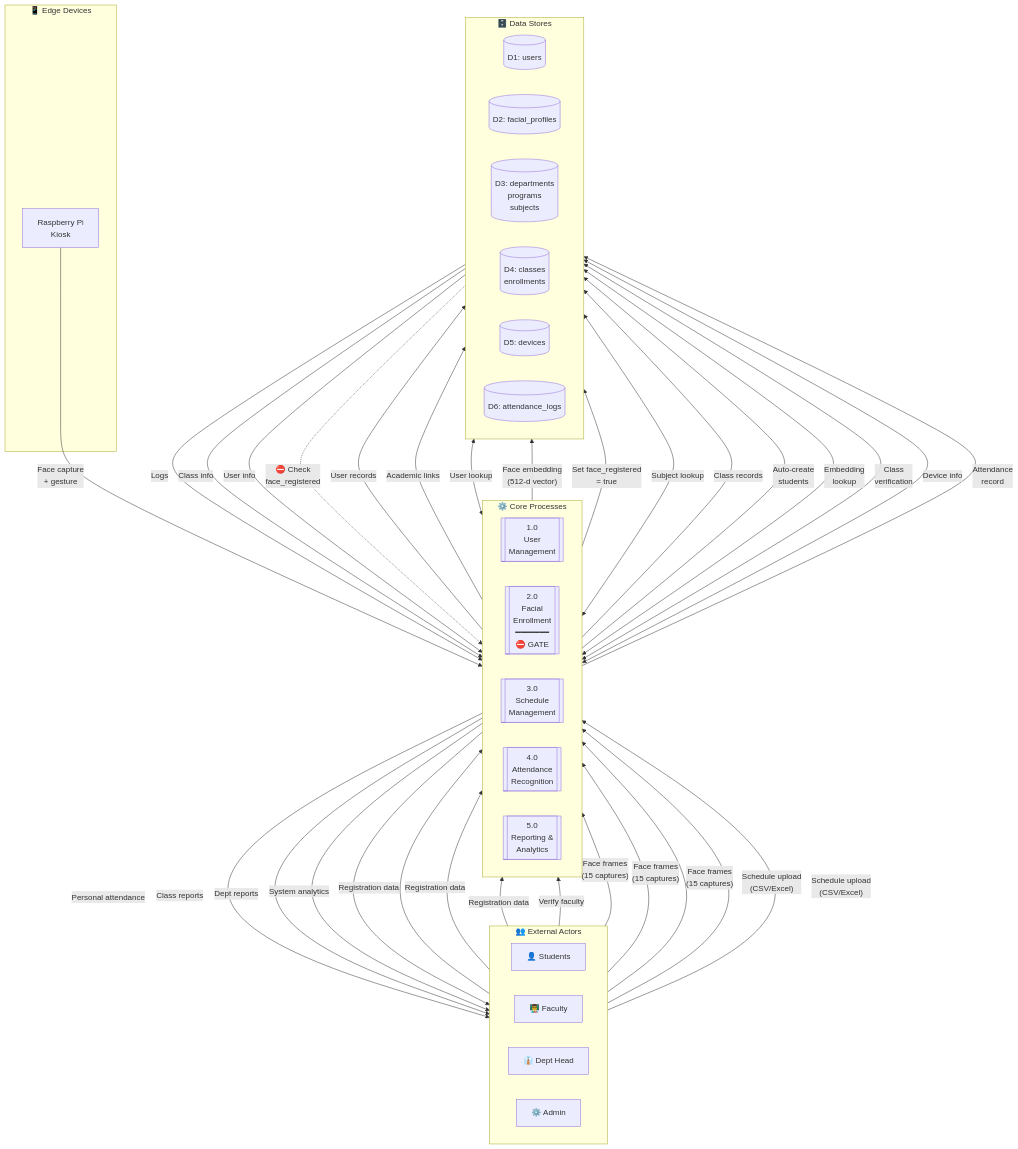
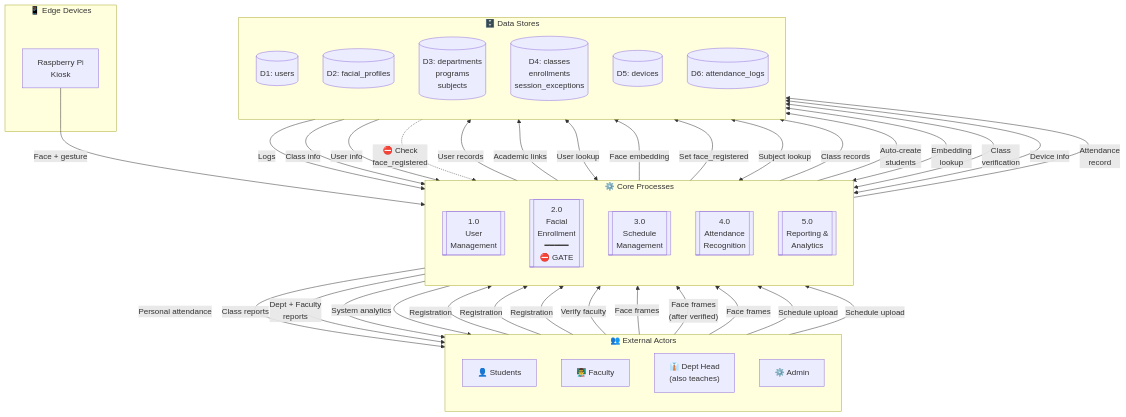
Before and after one commit to EannMon/FRAMESCAPSTONE: the fifth of 14 diagrams in documentation/database/FRAMES_Data_Flow_Diagram.md, drawn with Mermaid. The commit also changed other lines of this file and 1 other file, not shown here.

````diff
--- a/documentation/database/FRAMES_Data_Flow_Diagram.md
+++ b/documentation/database/FRAMES_Data_Flow_Diagram.md
@@ -101,68 +177,73 @@
 ```mermaid
 flowchart TB
     subgraph USERS["👥 External Actors"]
-        direction LR
+        direction TB
         STU["👤 Students"]
         FAC["👨‍🏫 Faculty"]
-        HEAD["👔 Dept Head"]
+        HEAD["👔 Dept Head<br/>(also teaches)"]
         ADMIN["⚙️ Admin"]
     end
 
     subgraph EDGE["📱 Edge Devices"]
-        KIOSK["Raspberry Pi\nKiosk"]
+        KIOSK["Raspberry Pi<br/>Kiosk"]
     end
 
     subgraph PROCESSES["⚙️ Core Processes"]
-        direction LR
-        P1[["1.0\nUser\nManagement"]]
-        P2[["2.0\nFacial\nEnrollment\n━━━━━━━\n⛔ GATE"]]
-        P3[["3.0\nSchedule\nManagement"]]
-        P4[["4.0\nAttendance\nRecognition"]]
-        P5[["5.0\nReporting &\nAnalytics"]]
+        direction TB
+        P1[["1.0<br/>User<br/>Management"]]
+        P2[["2.0<br/>Facial<br/>Enrollment<br/>━━━━━<br/>⛔ GATE"]]
+        P3[["3.0<br/>Schedule<br/>Management"]]
+        P4[["4.0<br/>Attendance<br/>Recognition"]]
+        P5[["5.0<br/>Reporting &<br/>Analytics"]]
     end
 
     subgraph DATASTORES["🗄️ Data Stores"]
-        direction LR
+        direction TB
         D1[("D1: users")]
         D2[("D2: facial_profiles")]
-        D3[("D3: departments\nprograms\nsubjects")]
-        D4[("D4: classes\nenrollments")]
+        D3[("D3: departments<br/>programs<br/>subjects")]
+        D4[("D4: classes<br/>enrollments<br/>session_exceptions")]
         D5[("D5: devices")]
         D6[("D6: attendance_logs")]
     end
 
     %% STEP 1: User Management flows
-    STU & FAC & HEAD -->|"Registration data"| P1
+    STU --> |"Registration"| P1
+    FAC --> |"Registration"| P1
+    HEAD --> |"Registration"| P1
     P1 -->|"User records"| D1
     P1 -->|"Academic links"| D3
     HEAD -->|"Verify faculty"| P1
 
     %% STEP 2: Facial Enrollment flows (MANDATORY GATE)
-    STU & FAC & HEAD -->|"Face frames\n(15 captures)"| P2
+    STU -->|"Face frames"| P2
+    FAC -->|"Face frames<br/>(after verified)"| P2
+    HEAD -->|"Face frames"| P2
     P2 <-->|"User lookup"| D1
-    P2 -->|"Face embedding\n(512-d vector)"| D2
-    P2 -->|"Set face_registered\n= true"| D1
+    P2 -->|"Face embedding"| D2
+    P2 -->|"Set face_registered"| D1
 
     %% STEP 3: Schedule Management flows
-    FAC & HEAD -->|"Schedule upload\n(CSV/Excel)"| P3
+    FAC -->|"Schedule upload"| P3
+    HEAD -->|"Schedule upload"| P3
     P3 <-->|"Subject lookup"| D3
     P3 -->|"Class records"| D4
-    P3 -->|"Auto-create\nstudents"| D1
+    P3 -->|"Auto-create<br/>students"| D1
 
     %% STEP 4: Attendance Recognition flows (Edge)
-    KIOSK -->|"Face capture\n+ gesture"| P4
-    P4 <-->|"Embedding\nlookup"| D2
-    P4 <-->|"Class\nverification"| D4
+    KIOSK -->|"Face + gesture"| P4
+    P4 <-->|"Embedding<br/>lookup"| D2
+    P4 <-->|"Class<br/>verification"| D4
     P4 <-->|"Device info"| D5
-    P4 -->|"Attendance\nrecord"| D6
+    P4 -->|"Attendance<br/>record"| D6
 
     %% STEP 5: Reporting flows (REQUIRES face_registered = true)
     D6 -->|"Logs"| P5
     D4 -->|"Class info"| P5
     D1 -->|"User info"| P5
-    D2 -.->|"⛔ Check\nface_registered"| P5
+    D2 -.->|"⛔ Check<br/>face_registered"| P5
     P5 -->|"Personal attendance"| STU
     P5 -->|"Class reports"| FAC
-    P5 -->|"Dept reports"| HEAD
+    P5 -->|"Dept + Faculty<br/>reports"| HEAD
     P5 -->|"System analytics"| ADMIN
 ```
````
